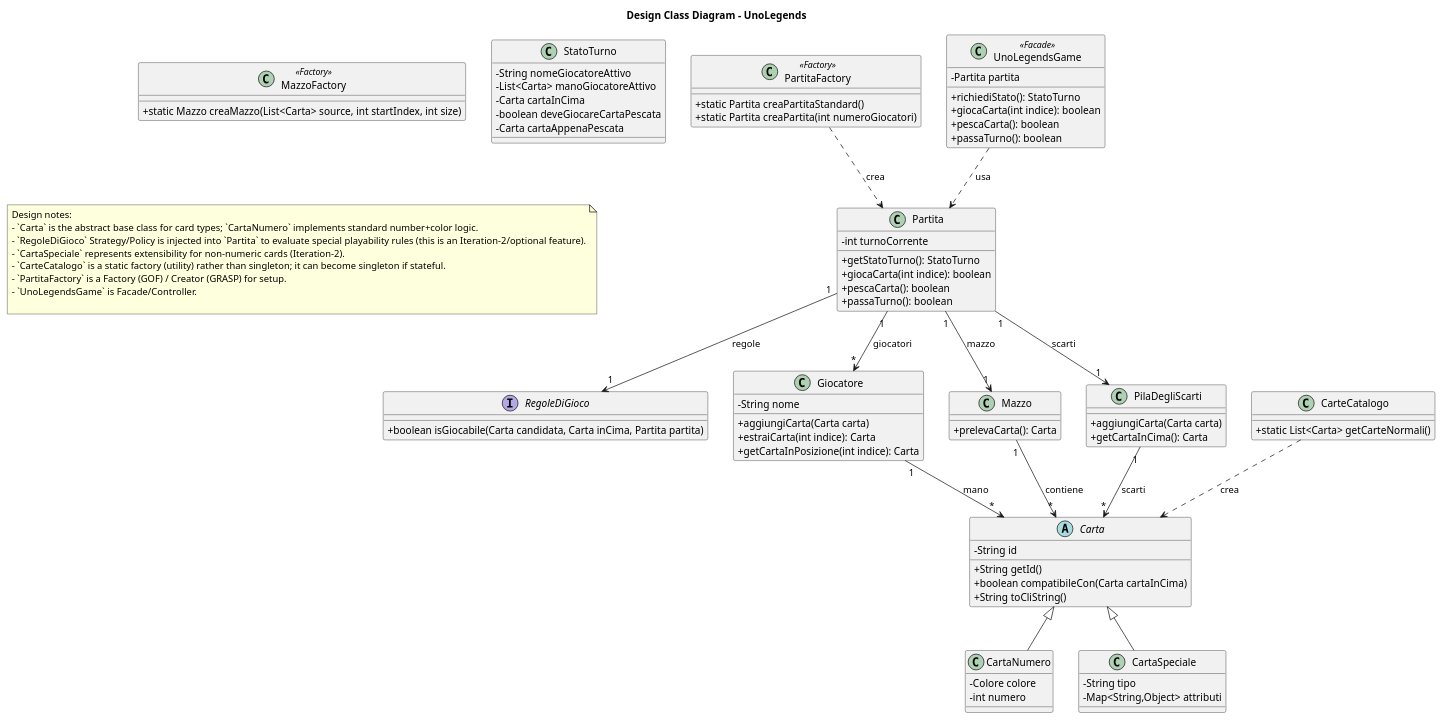
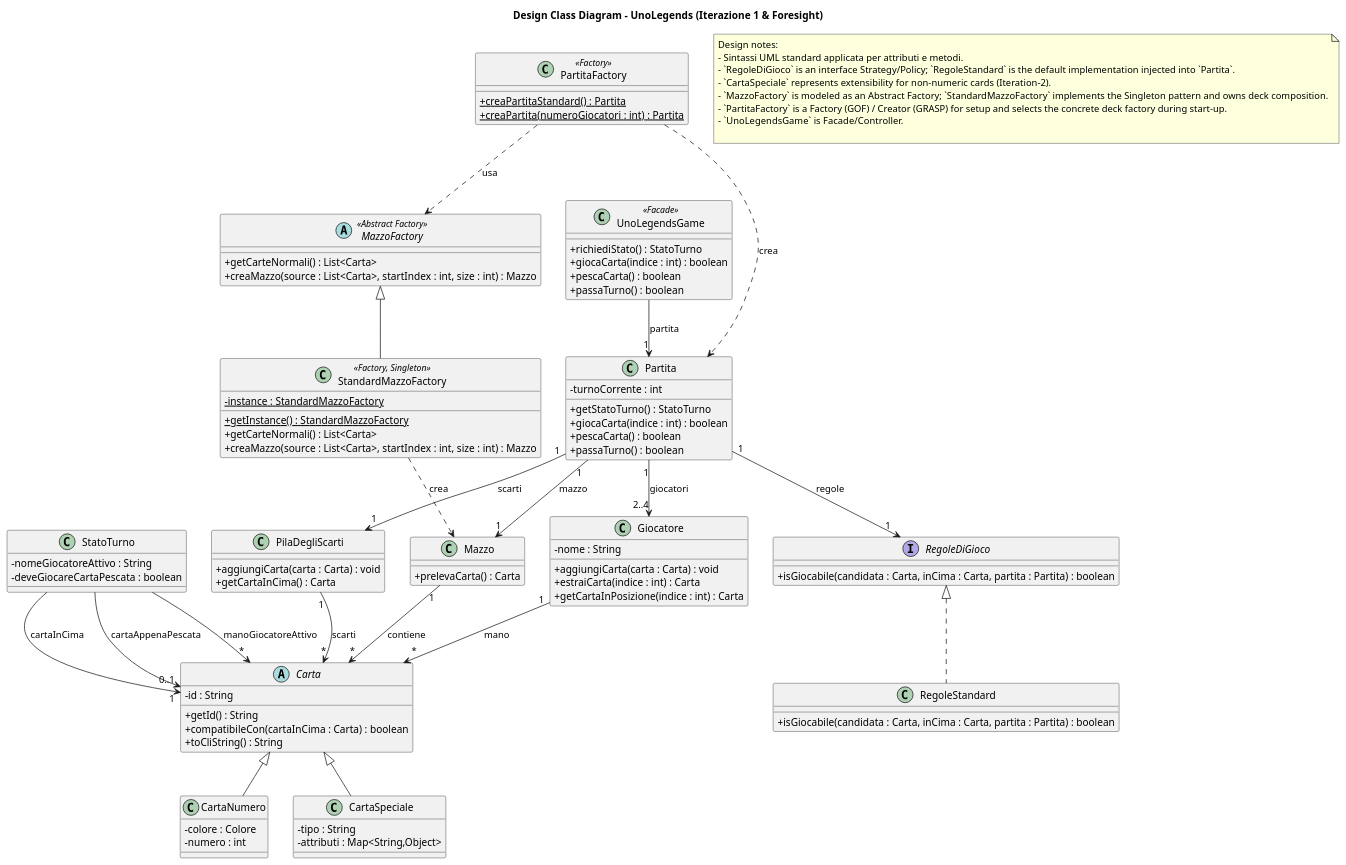
One commit to Frozzo/SoftwareEngineering changed the diagram in Codice/docs/domain_class_diagram.puml. Above: the diagram before and after it, drawn with PlantUML. The commit also changed 10 other files, not shown here.

```diff
--- a/Codice/docs/domain_class_diagram.puml
+++ b/Codice/docs/domain_class_diagram.puml
@@ -1,100 +1,115 @@
 @startuml
-title Design Class Diagram - UnoLegends
+title Design Class Diagram - UnoLegends (Iterazione 1 & Foresight)
 skinparam classAttributeIconSize 0
 
 ' Interfaces and abstract
 abstract class Carta {
-  -String id
-  +String getId()
-  +boolean compatibileCon(Carta cartaInCima)
-  +String toCliString()
+  -id : String
+  +getId() : String
+  +compatibileCon(cartaInCima : Carta) : boolean
+  +toCliString() : String
 }
 
 interface RegoleDiGioco {
-  +boolean isGiocabile(Carta candidata, Carta inCima, Partita partita)
+  +isGiocabile(candidata : Carta, inCima : Carta, partita : Partita) : boolean
+}
+
+class RegoleStandard {
+  +isGiocabile(candidata : Carta, inCima : Carta, partita : Partita) : boolean
 }
 
 class CartaNumero {
-  -Colore colore
-  -int numero
+  -colore : Colore
+  -numero : int
 }
 
 class CartaSpeciale {
-  -String tipo
-  -Map<String,Object> attributi
+  -tipo : String
+  -attributi : Map<String,Object>
 }
 
 ' Domain actors / aggregates
 class Giocatore {
-  -String nome
-  +aggiungiCarta(Carta carta)
-  +estraiCarta(int indice): Carta
-  +getCartaInPosizione(int indice): Carta
+  -nome : String
+  +aggiungiCarta(carta : Carta) : void
+  +estraiCarta(indice : int) : Carta
+  +getCartaInPosizione(indice : int) : Carta
 }
 
 class Mazzo {
-  +prelevaCarta(): Carta
+  +prelevaCarta() : Carta
 }
 
 class PilaDegliScarti {
-  +aggiungiCarta(Carta carta)
-  +getCartaInCima(): Carta
-}
-
-class CarteCatalogo {
-  +static List<Carta> getCarteNormali()
+  +aggiungiCarta(carta : Carta) : void
+  +getCartaInCima() : Carta
 }
 
 class Partita {
-  -int turnoCorrente
-  +getStatoTurno(): StatoTurno
-  +giocaCarta(int indice): boolean
-  +pescaCarta(): boolean
-  +passaTurno(): boolean
+  -turnoCorrente : int
+  +getStatoTurno() : StatoTurno
+  +giocaCarta(indice : int) : boolean
+  +pescaCarta() : boolean
+  +passaTurno() : boolean
 }
 
 class PartitaFactory <<Factory>> {
-  +static Partita creaPartitaStandard()
-  +static Partita creaPartita(int numeroGiocatori)
+  +{static} creaPartitaStandard() : Partita
+  +{static} creaPartita(numeroGiocatori : int) : Partita
 }
 
-class MazzoFactory <<Factory>> {
-  +static Mazzo creaMazzo(List<Carta> source, int startIndex, int size)
+abstract class MazzoFactory <<Abstract Factory>> {
+  +getCarteNormali() : List<Carta>
+  +creaMazzo(source : List<Carta>, startIndex : int, size : int) : Mazzo
+}
+
+class StandardMazzoFactory <<Factory, Singleton>> {
+  -{static} instance : StandardMazzoFactory
+  +{static} getInstance() : StandardMazzoFactory
+  +getCarteNormali() : List<Carta>
+  +creaMazzo(source : List<Carta>, startIndex : int, size : int) : Mazzo
 }
 
 class UnoLegendsGame <<Facade>> {
-  -Partita partita
-  +richiediStato(): StatoTurno
-  +giocaCarta(int indice): boolean
-  +pescaCarta(): boolean
-  +passaTurno(): boolean
+  +richiediStato() : StatoTurno
+  +giocaCarta(indice : int) : boolean
+  +pescaCarta() : boolean
+  +passaTurno() : boolean
 }
 
 class StatoTurno {
-  -String nomeGiocatoreAttivo
-  -List<Carta> manoGiocatoreAttivo
-  -Carta cartaInCima
-  -boolean deveGiocareCartaPescata
-  -Carta cartaAppenaPescata
+  -nomeGiocatoreAttivo : String
+  -deveGiocareCartaPescata : boolean
 }
 
-' relationships
+' relationships (Inheritance and Realization)
 Carta <|-- CartaNumero
 Carta <|-- CartaSpeciale
+RegoleDiGioco <|.. RegoleStandard
+MazzoFactory <|-- StandardMazzoFactory
 
+' Navigability (Attribute visualization)
 Giocatore "1" --> "*" Carta : mano
 Mazzo "1" --> "*" Carta : contiene
 PilaDegliScarti "1" --> "*" Carta : scarti
 
-Partita "1" --> "*" Giocatore : giocatori
+Partita "1" --> "2..4" Giocatore : giocatori
 Partita "1" --> "1" Mazzo : mazzo
 Partita "1" --> "1" PilaDegliScarti : scarti
 Partita "1" --> "1" RegoleDiGioco : regole
 
-CarteCatalogo ..> Carta : crea
+UnoLegendsGame --> "1" Partita : partita
+
+' StatoTurno Visual Attributes
+StatoTurno --> "*" Carta : manoGiocatoreAttivo
+StatoTurno --> "1" Carta : cartaInCima
+StatoTurno --> "0..1" Carta : cartaAppenaPescata
+
+' Creation and Dependency relationships
 PartitaFactory ..> Partita : crea
-UnoLegendsGame ..> Partita : usa
+PartitaFactory ..> MazzoFactory : usa
+StandardMazzoFactory ..> Mazzo : crea
 
-note "Design notes:\n- `Carta` is the abstract base class for card types; `CartaNumero` implements standard number+color logic.\n- `RegoleDiGioco` Strategy/Policy is injected into `Partita` to evaluate special playability rules (this is an Iteration-2/optional feature).\n- `CartaSpeciale` represents extensibility for non-numeric cards (Iteration-2).\n- `CarteCatalogo` is a static factory (utility) rather than singleton; it can become singleton if stateful.\n- `PartitaFactory` is a Factory (GOF) / Creator (GRASP) for setup.\n- `UnoLegendsGame` is Facade/Controller.\n" as N1
+note "Design notes:\n- Sintassi UML standard applicata per attributi e metodi.\n- `RegoleDiGioco` is an interface Strategy/Policy; `RegoleStandard` is the default implementation injected into `Partita`.\n- `CartaSpeciale` represents extensibility for non-numeric cards (Iteration-2).\n- `MazzoFactory` is modeled as an Abstract Factory; `StandardMazzoFactory` implements the Singleton pattern and owns deck composition.\n- `PartitaFactory` is a Factory (GOF) / Creator (GRASP) for setup and selects the concrete deck factory during start-up.\n- `UnoLegendsGame` is Facade/Controller.\n" as N2
 
 @enduml
```
